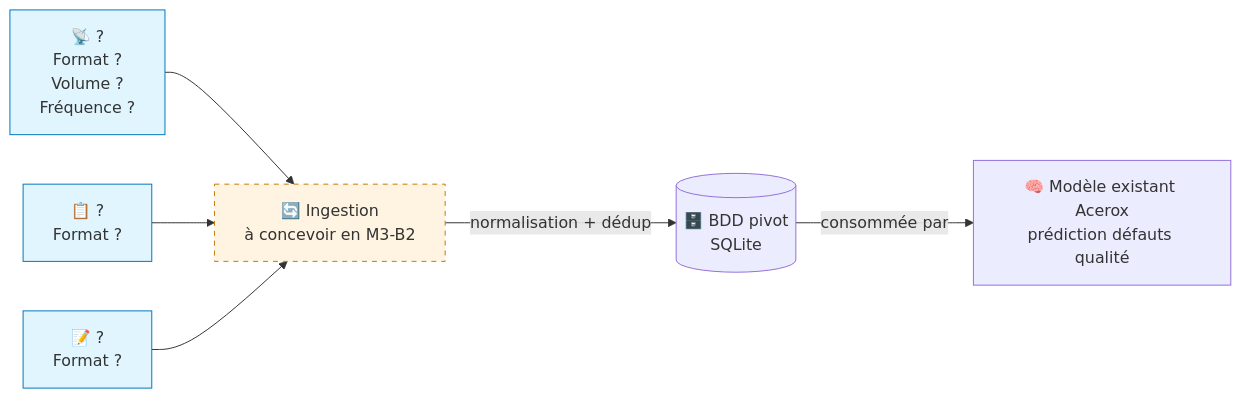
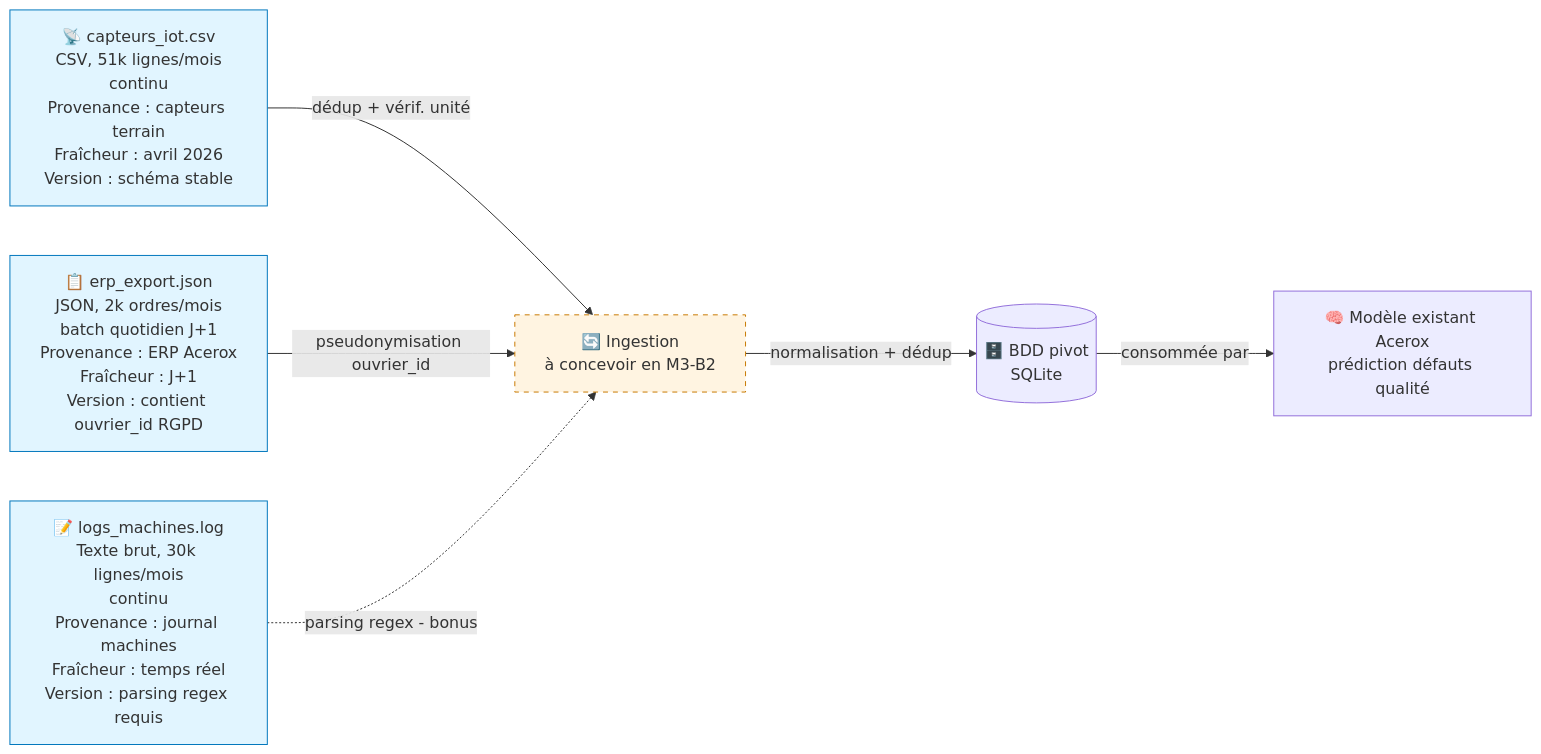
The diagram in flux_donnees.md (nawellepolin/M3-B1-acerox-nawelle), drawn with Mermaid before and after one commit. The commit also changed other lines of this file, not shown here.

Commit message:
schema: flux de données Mermaid + risque RGPD de croisement
- Sources (capteurs, ERP, logs) -> ingestion -> BDD pivot -> modèle
  existant, avec annotations provenance/fraîcheur/version.
- Légende mise à jour : risque de réidentification indirecte en
  croisant logs/capteurs (ligne + horodatage) avec ouvrier_id (ERP).

````diff
--- a/flux_donnees.md
+++ b/flux_donnees.md
@@ -13,23 +13,21 @@
 ```mermaid
 flowchart LR
-    %% TODO — Compléter avec tes 3 sources retenues + 1 bonus si traité
-
-    SRC1[📡 ?<br/>Format ?<br/>Volume ?<br/>Fréquence ?]
-    SRC2[📋 ?<br/>Format ?]
-    SRC3[📝 ?<br/>Format ?]
+    SRC_IOT[📡 capteurs_iot.csv<br/>CSV, 51k lignes/mois<br/>continu<br/>Provenance : capteurs terrain<br/>Fraîcheur : avril 2026<br/>Version : schéma stable]
+    SRC_ERP[📋 erp_export.json<br/>JSON, 2k ordres/mois<br/>batch quotidien J+1<br/>Provenance : ERP Acerox<br/>Fraîcheur : J+1<br/>Version : contient ouvrier_id RGPD]
+    SRC_LOG[📝 logs_machines.log<br/>Texte brut, 30k lignes/mois<br/>continu<br/>Provenance : journal machines<br/>Fraîcheur : temps réel<br/>Version : parsing regex requis]
 
     INGEST[🔄 Ingestion<br/>à concevoir en M3-B2]
     BDD[(🗄️ BDD pivot<br/>SQLite)]
     MODEL[🧠 Modèle existant Acerox<br/>prédiction défauts qualité]
 
-    SRC1 --> INGEST
-    SRC2 --> INGEST
-    SRC3 --> INGEST
+    SRC_IOT -->|dédup + vérif. unité| INGEST
+    SRC_ERP -->|pseudonymisation ouvrier_id| INGEST
+    SRC_LOG -.->|parsing regex - bonus| INGEST
     INGEST -->|normalisation + dédup| BDD
     BDD -->|consommée par| MODEL
 
     classDef source fill:#e1f5ff,stroke:#0277bd
     classDef tofix fill:#fff4e1,stroke:#c97a00,stroke-dasharray: 5 5
-    class SRC1,SRC2,SRC3 source
+    class SRC_IOT,SRC_ERP,SRC_LOG source
     class INGEST tofix
 ```
````
